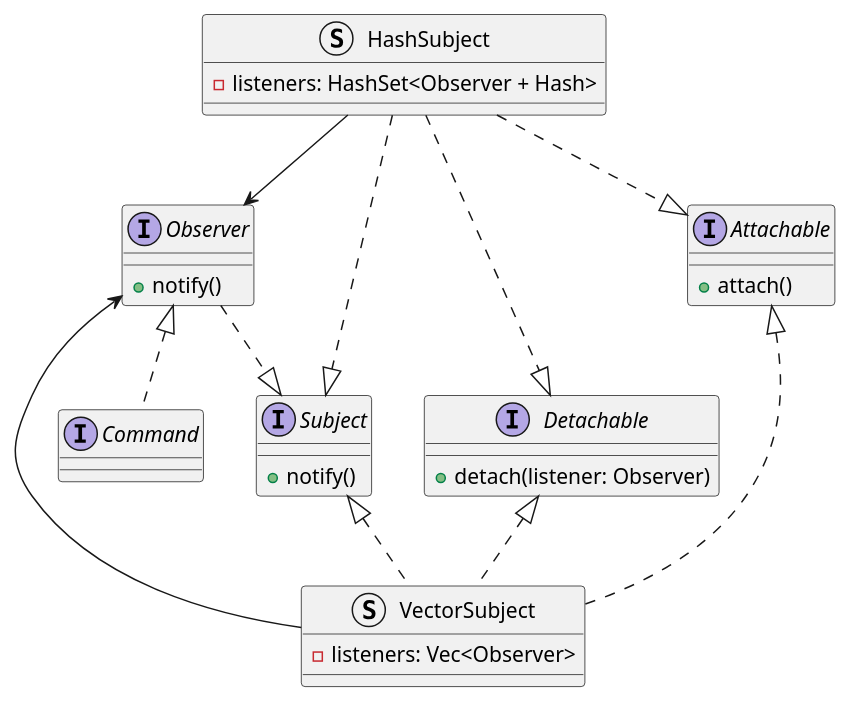
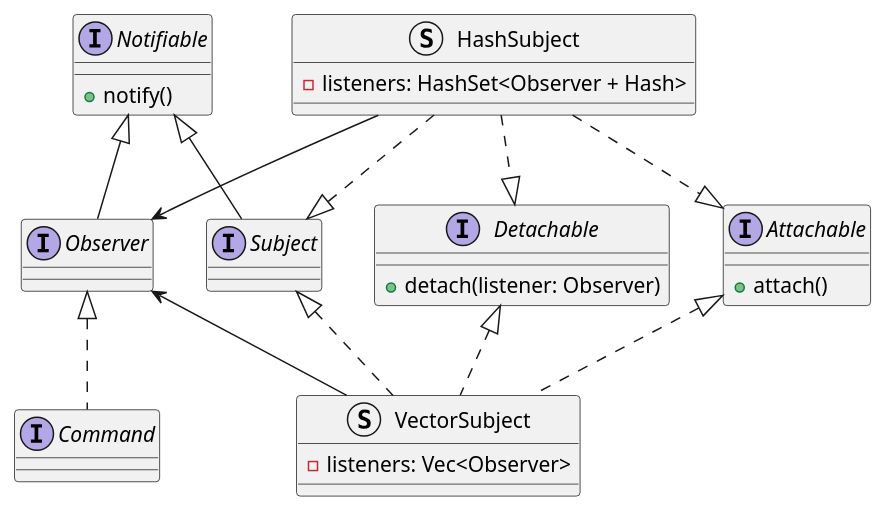
One commit to zwerdlds/roopes changed the diagram in src/observer/observer.plantuml. Above: the diagram before and after it, drawn with PlantUML. The commit also changed 12 other files, not shown here.

Commit message:
crosscutting reorg; diagram svg compilation fixed

```diff
--- a/src/observer/observer.plantuml
+++ b/src/observer/observer.plantuml
@@ -1,43 +1,45 @@
 @startuml "observer"
-interface "Observer" as obs {
+interface "Notifiable" as notif {
     {method} + notify()
 }
+
+interface "Observer" as obs {
+}
+obs -u-|> notif
 
 interface "Attachable" as attach {
     {method} + attach()
 }
 
 interface "Detachable" as detach {
     {method} + detach(listener: Observer)
 }
 
 interface "Subject" as sub {
-    {method} + notify()
 }
-obs ..|> sub
+sub -u-|> notif
 
 
 
 struct "VectorSubject" as vecsub {
     {field} - listeners: Vec<Observer>
 }
 vecsub .u.|> sub
 vecsub .u.|> attach
 vecsub .u.|> detach
 vecsub -u-> obs
-
 
 struct "HashSubject" as hshsub {
     {field} - listeners: HashSet<Observer + Hash>
 }
 hshsub .d.|> sub
 hshsub .d.|> attach
 hshsub .d.|> detach
 hshsub -d-> obs
 
 interface "Command" as cmd {
 
 }
 cmd .u.|> obs
 
 @enduml
```
